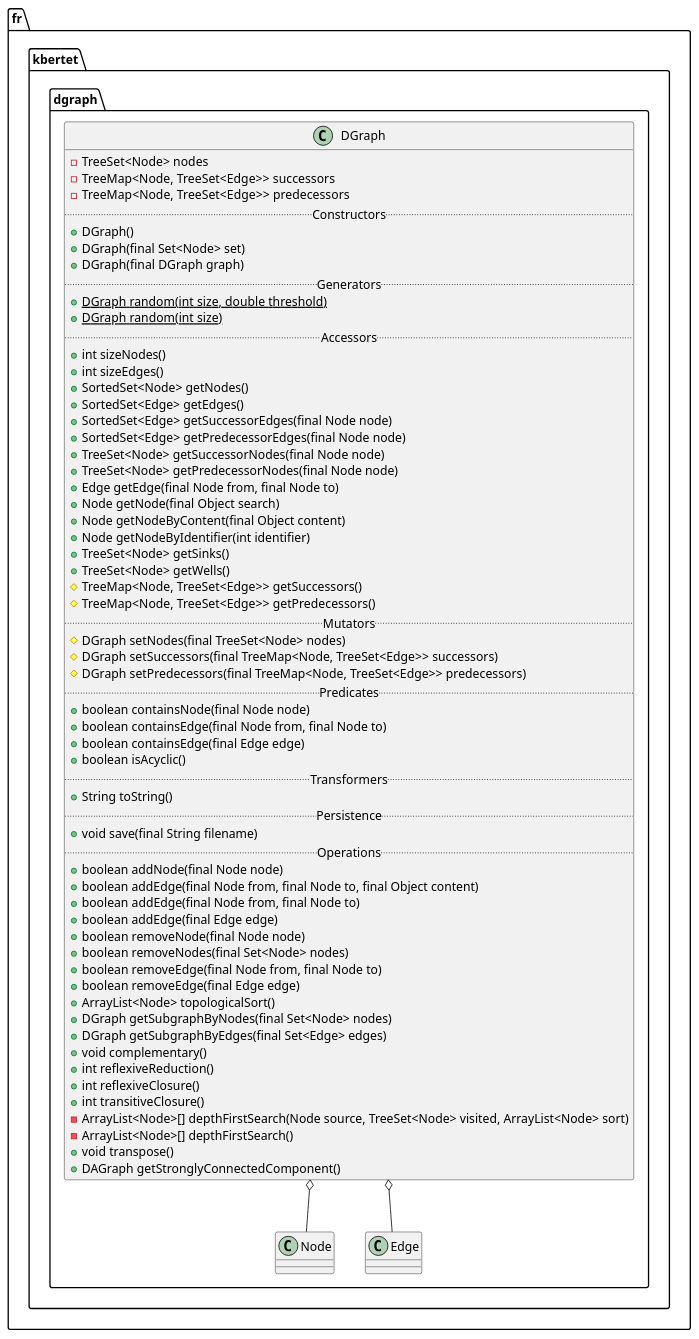
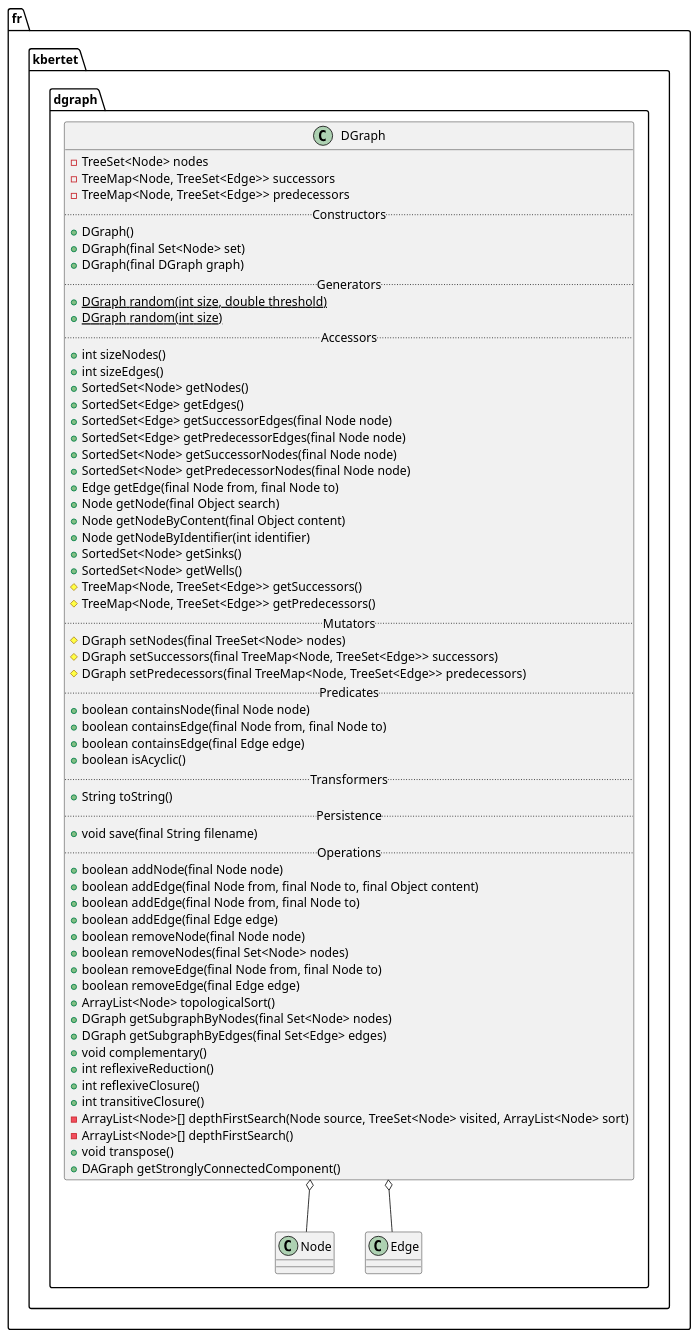
Before and after one commit to thegalactic/java-lattices: the diagram in src/fr/kbertet/dgraph/DGraph.iuml, drawn with PlantUML. The commit also changed 10 other files, not shown here.

```diff
--- a/src/fr/kbertet/dgraph/DGraph.iuml
+++ b/src/fr/kbertet/dgraph/DGraph.iuml
@@ -1,67 +1,67 @@
 package fr.kbertet.dgraph {
     class DGraph {
         -TreeSet<Node> nodes
         -TreeMap<Node, TreeSet<Edge>> successors
         -TreeMap<Node, TreeSet<Edge>> predecessors
         .. Constructors ..
         +DGraph()
         +DGraph(final Set<Node> set)
         +DGraph(final DGraph graph)
         .. Generators ..
         +{static}DGraph random(int size, double threshold)
         +{static}DGraph random(int size)
         .. Accessors ..
         +int sizeNodes()
         +int sizeEdges()
         +SortedSet<Node> getNodes()
         +SortedSet<Edge> getEdges()
         +SortedSet<Edge> getSuccessorEdges(final Node node)
         +SortedSet<Edge> getPredecessorEdges(final Node node)
-        +TreeSet<Node> getSuccessorNodes(final Node node)
-        +TreeSet<Node> getPredecessorNodes(final Node node)
+        +SortedSet<Node> getSuccessorNodes(final Node node)
+        +SortedSet<Node> getPredecessorNodes(final Node node)
         +Edge getEdge(final Node from, final Node to)
         +Node getNode(final Object search)
         +Node getNodeByContent(final Object content)
         +Node getNodeByIdentifier(int identifier)
-        +TreeSet<Node> getSinks()
-        +TreeSet<Node> getWells()
+        +SortedSet<Node> getSinks()
+        +SortedSet<Node> getWells()
         #TreeMap<Node, TreeSet<Edge>> getSuccessors()
         #TreeMap<Node, TreeSet<Edge>> getPredecessors()
         .. Mutators ..
         #DGraph setNodes(final TreeSet<Node> nodes)
         #DGraph setSuccessors(final TreeMap<Node, TreeSet<Edge>> successors)
         #DGraph setPredecessors(final TreeMap<Node, TreeSet<Edge>> predecessors)
         .. Predicates ..
         +boolean containsNode(final Node node)
         +boolean containsEdge(final Node from, final Node to)
         +boolean containsEdge(final Edge edge)
         +boolean isAcyclic()
         .. Transformers ..
         +String toString()
         .. Persistence ..
         +void save(final String filename)
         .. Operations ..
         +boolean addNode(final Node node)
         +boolean addEdge(final Node from, final Node to, final Object content)
         +boolean addEdge(final Node from, final Node to)
         +boolean addEdge(final Edge edge)
         +boolean removeNode(final Node node)
         +boolean removeNodes(final Set<Node> nodes)
         +boolean removeEdge(final Node from, final Node to)
         +boolean removeEdge(final Edge edge)
         +ArrayList<Node> topologicalSort()
         +DGraph getSubgraphByNodes(final Set<Node> nodes)
         +DGraph getSubgraphByEdges(final Set<Edge> edges)
         +void complementary()
         +int reflexiveReduction()
         +int reflexiveClosure()
         +int transitiveClosure()
         -ArrayList<Node>[] depthFirstSearch(Node source, TreeSet<Node> visited, ArrayList<Node> sort)
         -ArrayList<Node>[] depthFirstSearch()
         +void transpose()
         +DAGraph getStronglyConnectedComponent()
     }
 
     DGraph o-- Node
     DGraph o-- Edge
 }
```
